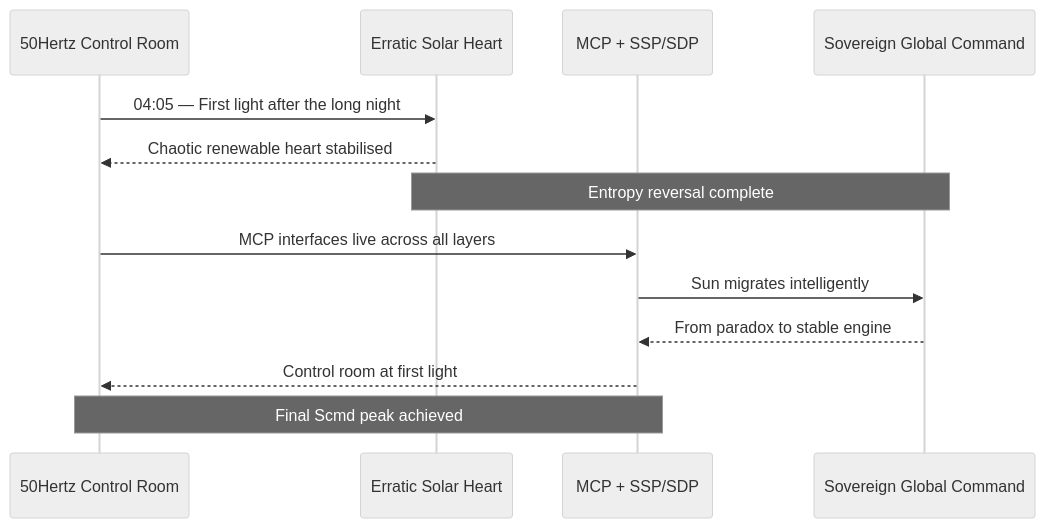
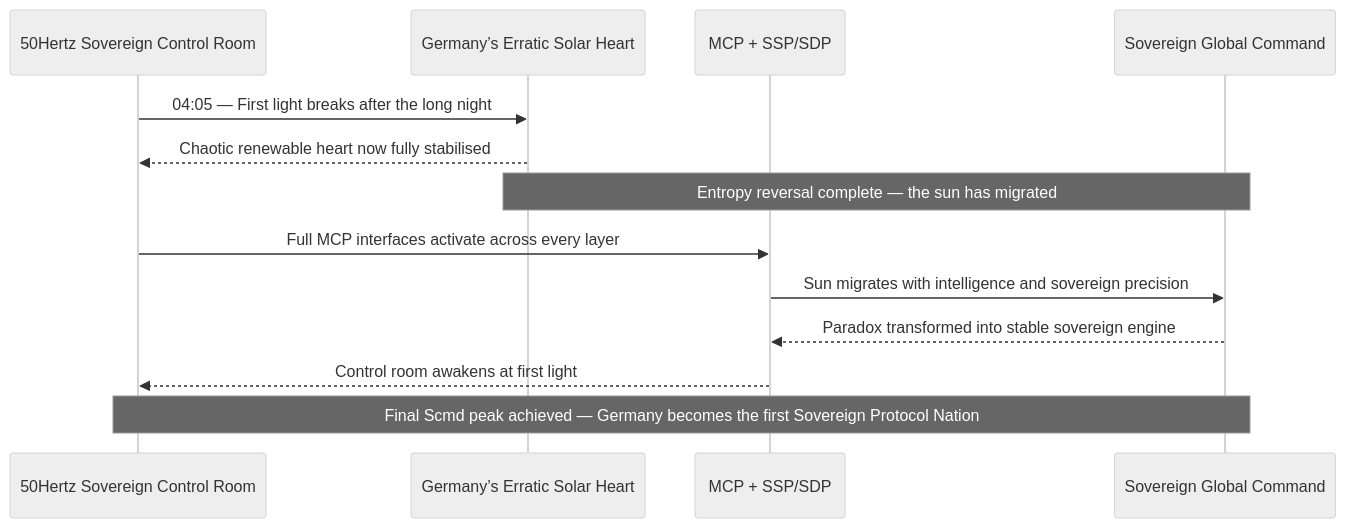
One commit to iceccarelli/Renewables_Migration_Chapter11_Proof_Engine changed the first of 3 diagrams in README.md. Above: the diagram before and after it, drawn with Mermaid (neutral theme). The commit also changed other lines of this file, not shown here.

````diff
--- a/README.md
+++ b/README.md
@@ -40,15 +30,18 @@
 ```mermaid
 sequenceDiagram
-    participant Grid as 50Hertz Control Room
-    participant Sun as Erratic Solar Heart
+    participant Control as 50Hertz Sovereign Control Room
+    participant Sun as Germany’s Erratic Solar Heart
     participant Protocol as MCP + SSP/SDP
     participant Command as Sovereign Global Command
-    Grid->>Sun: 04:05 — First light after the long night
-    Sun-->>Grid: Chaotic renewable heart stabilised
-    Note over Sun,Command: Entropy reversal complete
-    Grid->>Protocol: MCP interfaces live across all layers
-    Protocol->>Command: Sun migrates intelligently
-    Command-->>Protocol: From paradox to stable engine
-    Protocol-->>Grid: Control room at first light
-    Note over Grid,Protocol: Final Scmd peak achieved
+
+    Control->>Sun: 04:05 — First light breaks after the long night
+    Sun-->>Control: Chaotic renewable heart now fully stabilised
+    Note over Sun,Command: Entropy reversal complete — the sun has migrated
+
+    Control->>Protocol: Full MCP interfaces activate across every layer
+    Protocol->>Command: Sun migrates with intelligence and sovereign precision
+    Command-->>Protocol: Paradox transformed into stable sovereign engine
+    Protocol-->>Control: Control room awakens at first light
+
+    Note over Control,Command: Final Scmd peak achieved — Germany becomes the first Sovereign Protocol Nation
 ```
````
